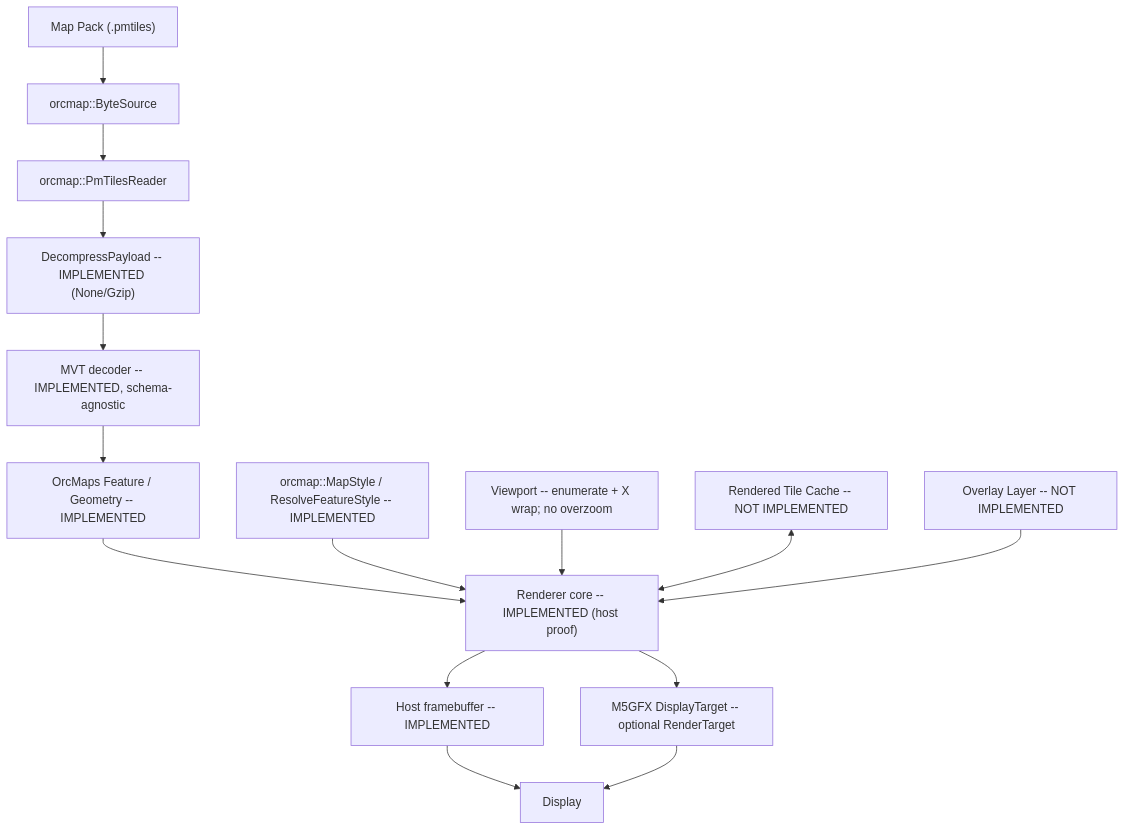
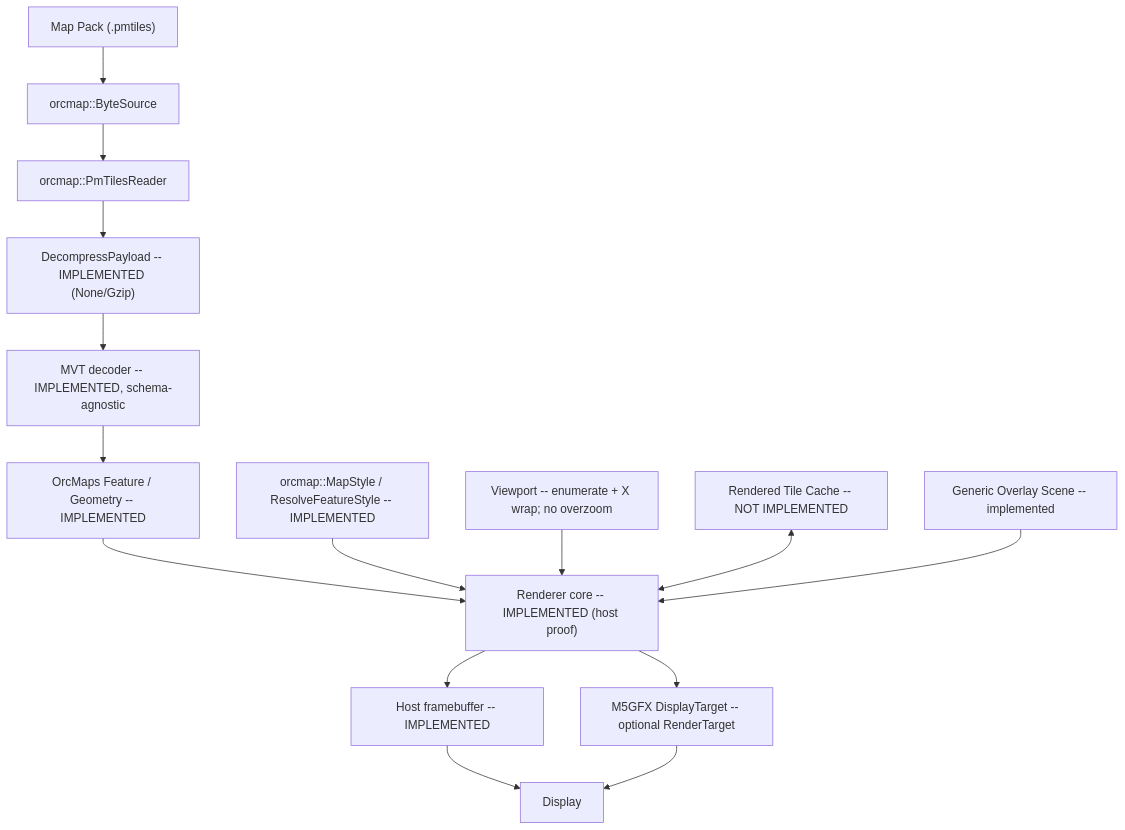
Before and after one commit to hardcoreerik/OrcMaps: the diagram in ARCHITECTURE.md, drawn with Mermaid. The commit also changed other lines of this file and 20 other files, not shown here.

````diff
--- a/ARCHITECTURE.md
+++ b/ARCHITECTURE.md
@@ -11,32 +11,32 @@
 ```mermaid
 flowchart TD
     Pack["Map Pack (.pmtiles)"]
     Source["orcmap::ByteSource"]
     Reader["orcmap::PmTilesReader"]
     Inflate["DecompressPayload -- IMPLEMENTED (None/Gzip)"]
     Tile["MVT decoder -- IMPLEMENTED, schema-agnostic"]
     Features["OrcMaps Feature / Geometry -- IMPLEMENTED"]
     Style["orcmap::MapStyle / ResolveFeatureStyle -- IMPLEMENTED"]
     Viewport["Viewport -- enumerate + X wrap; no overzoom"]
     Cache["Rendered Tile Cache -- NOT IMPLEMENTED"]
     Core["Renderer core -- IMPLEMENTED (host proof)"]
     Host["Host framebuffer -- IMPLEMENTED"]
     M5["M5GFX DisplayTarget -- optional RenderTarget"]
-    Overlay["Overlay Layer -- NOT IMPLEMENTED"]
+    Overlay["Generic Overlay Scene -- implemented"]
     Display["Display"]
 
     Pack --> Source
     Source --> Reader
     Reader --> Inflate
     Inflate --> Tile
     Tile --> Features
     Features --> Core
     Style --> Core
     Viewport --> Core
     Cache <--> Core
     Core --> Host
     Core --> M5
     Host --> Display
     M5 --> Display
     Overlay --> Core
 ```
````
